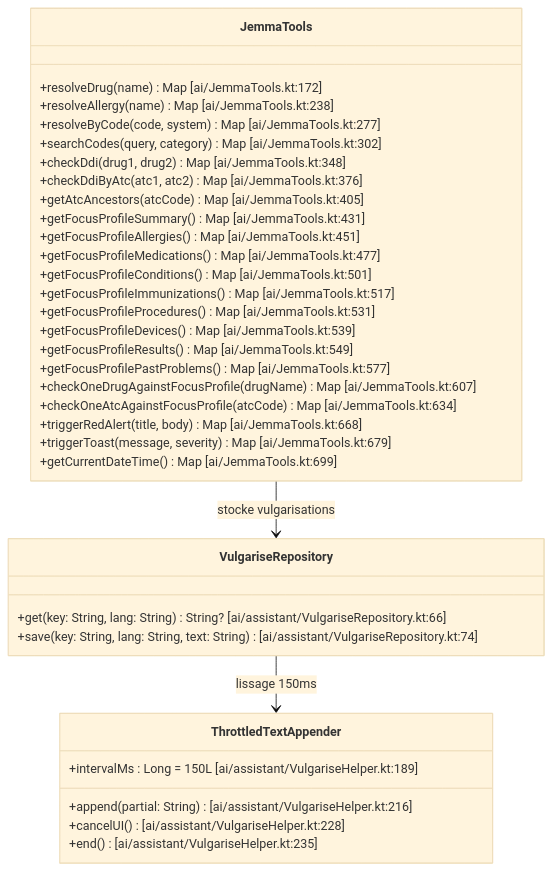
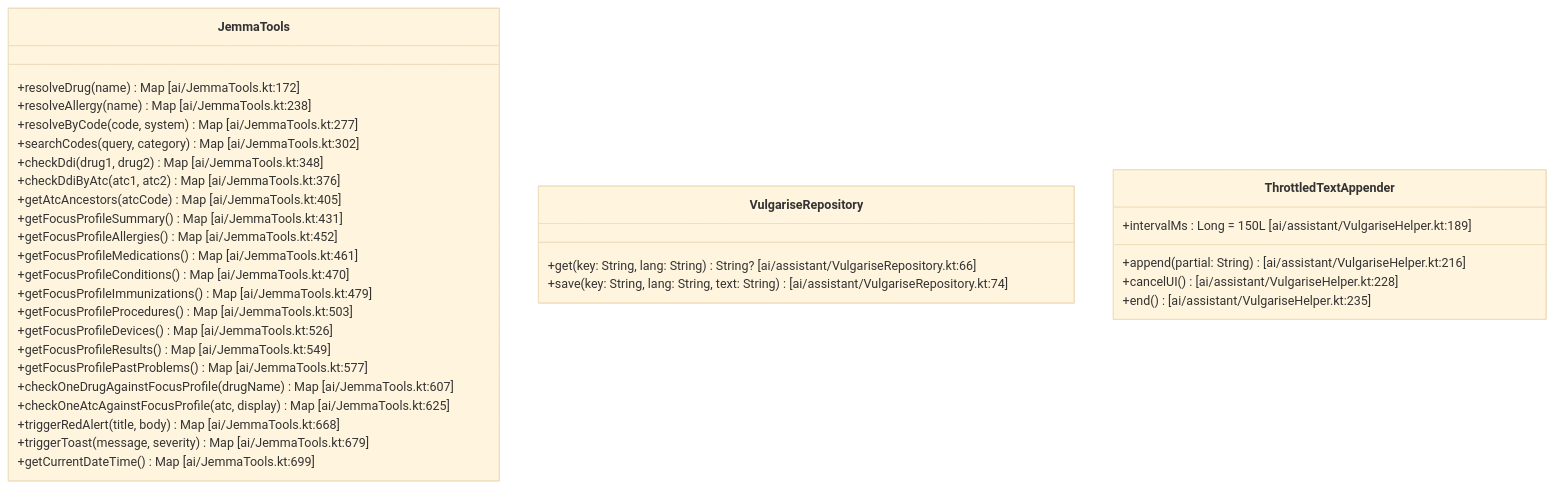
Before and after one commit to kurodohenroonsen/JemmaPass: the eighth of 21 diagrams in docs/DOCUMENTATION_UML_FONCTIONNELLE.md, drawn with Mermaid (base theme). The commit also changed other lines of this file and 1 other file, not shown here.

````diff
--- a/docs/DOCUMENTATION_UML_FONCTIONNELLE.md
+++ b/docs/DOCUMENTATION_UML_FONCTIONNELLE.md
@@ -452,41 +462,38 @@
 ```mermaid
 classDiagram
     class JemmaTools {
         +resolveDrug(name) Map [ai/JemmaTools.kt:172]
         +resolveAllergy(name) Map [ai/JemmaTools.kt:238]
         +resolveByCode(code, system) Map [ai/JemmaTools.kt:277]
         +searchCodes(query, category) Map [ai/JemmaTools.kt:302]
         +checkDdi(drug1, drug2) Map [ai/JemmaTools.kt:348]
         +checkDdiByAtc(atc1, atc2) Map [ai/JemmaTools.kt:376]
         +getAtcAncestors(atcCode) Map [ai/JemmaTools.kt:405]
         +getFocusProfileSummary() Map [ai/JemmaTools.kt:431]
-        +getFocusProfileAllergies() Map [ai/JemmaTools.kt:451]
-        +getFocusProfileMedications() Map [ai/JemmaTools.kt:477]
-        +getFocusProfileConditions() Map [ai/JemmaTools.kt:501]
-        +getFocusProfileImmunizations() Map [ai/JemmaTools.kt:517]
-        +getFocusProfileProcedures() Map [ai/JemmaTools.kt:531]
-        +getFocusProfileDevices() Map [ai/JemmaTools.kt:539]
+        +getFocusProfileAllergies() Map [ai/JemmaTools.kt:452]
+        +getFocusProfileMedications() Map [ai/JemmaTools.kt:461]
+        +getFocusProfileConditions() Map [ai/JemmaTools.kt:470]
+        +getFocusProfileImmunizations() Map [ai/JemmaTools.kt:479]
+        +getFocusProfileProcedures() Map [ai/JemmaTools.kt:503]
+        +getFocusProfileDevices() Map [ai/JemmaTools.kt:526]
         +getFocusProfileResults() Map [ai/JemmaTools.kt:549]
         +getFocusProfilePastProblems() Map [ai/JemmaTools.kt:577]
         +checkOneDrugAgainstFocusProfile(drugName) Map [ai/JemmaTools.kt:607]
-        +checkOneAtcAgainstFocusProfile(atcCode) Map [ai/JemmaTools.kt:634]
+        +checkOneAtcAgainstFocusProfile(atc, display) Map [ai/JemmaTools.kt:625]
         +triggerRedAlert(title, body) Map [ai/JemmaTools.kt:668]
         +triggerToast(message, severity) Map [ai/JemmaTools.kt:679]
         +getCurrentDateTime() Map [ai/JemmaTools.kt:699]
     }
 
     class VulgariseRepository {
         +get(key: String, lang: String) String? [ai/assistant/VulgariseRepository.kt:66]
         +save(key: String, lang: String, text: String) [ai/assistant/VulgariseRepository.kt:74]
     }
 
     class ThrottledTextAppender {
         +intervalMs : Long = 150L [ai/assistant/VulgariseHelper.kt:189]
         +append(partial: String) [ai/assistant/VulgariseHelper.kt:216]
         +cancelUI() [ai/assistant/VulgariseHelper.kt:228]
         +end() [ai/assistant/VulgariseHelper.kt:235]
     }
-
-    JemmaTools --> VulgariseRepository : stocke vulgarisations
-    VulgariseRepository --> ThrottledTextAppender : lissage 150ms
 ```
````
